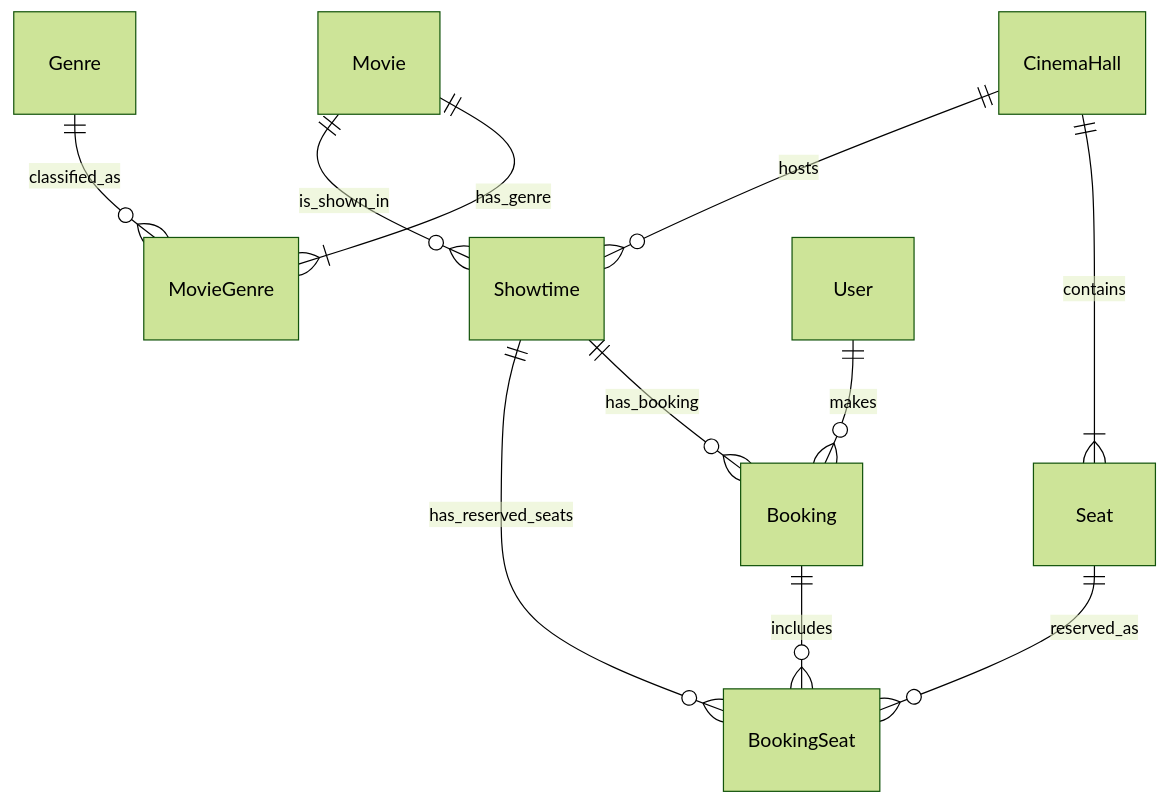
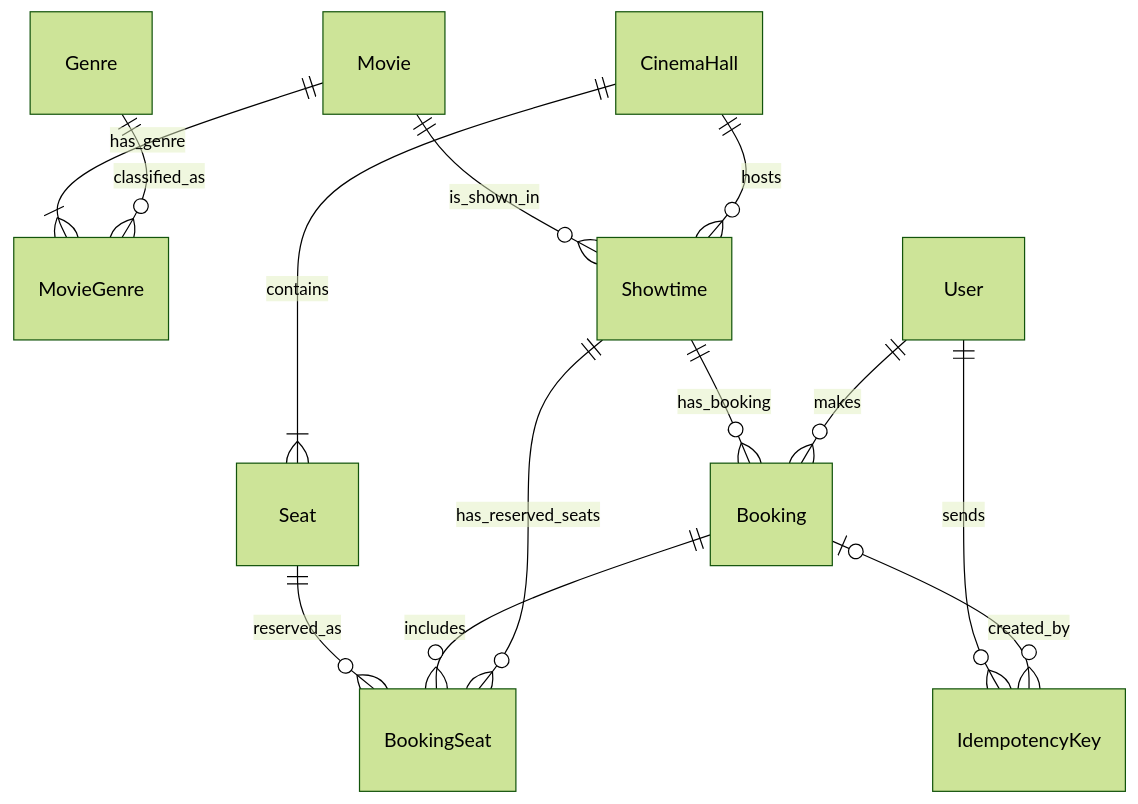
Before and after one commit to Fererra/Node: the second of 2 diagrams in docs/architecture.md, drawn with Mermaid (forest theme). The commit also changed other lines of this file, not shown here.

Commit message:
docs(architecture): add physical schema for lab 2

````diff
--- a/docs/architecture.md
+++ b/docs/architecture.md
@@ -56,13 +56,15 @@
 ```mermaid
 erDiagram
   Movie ||--|{ MovieGenre : has_genre
   Genre ||--o{ MovieGenre : classified_as
   Movie ||--o{ Showtime : is_shown_in
   CinemaHall ||--|{ Seat : contains
   CinemaHall ||--o{ Showtime : hosts
   Seat ||--o{ BookingSeat : reserved_as
   Booking ||--o{ BookingSeat : includes
   Showtime ||--o{ Booking : has_booking
   Showtime ||--o{ BookingSeat : has_reserved_seats
   User ||--o{ Booking : makes
+  User ||--o{ IdempotencyKey : sends
+  Booking |o--o{ IdempotencyKey : created_by
 ```
````
